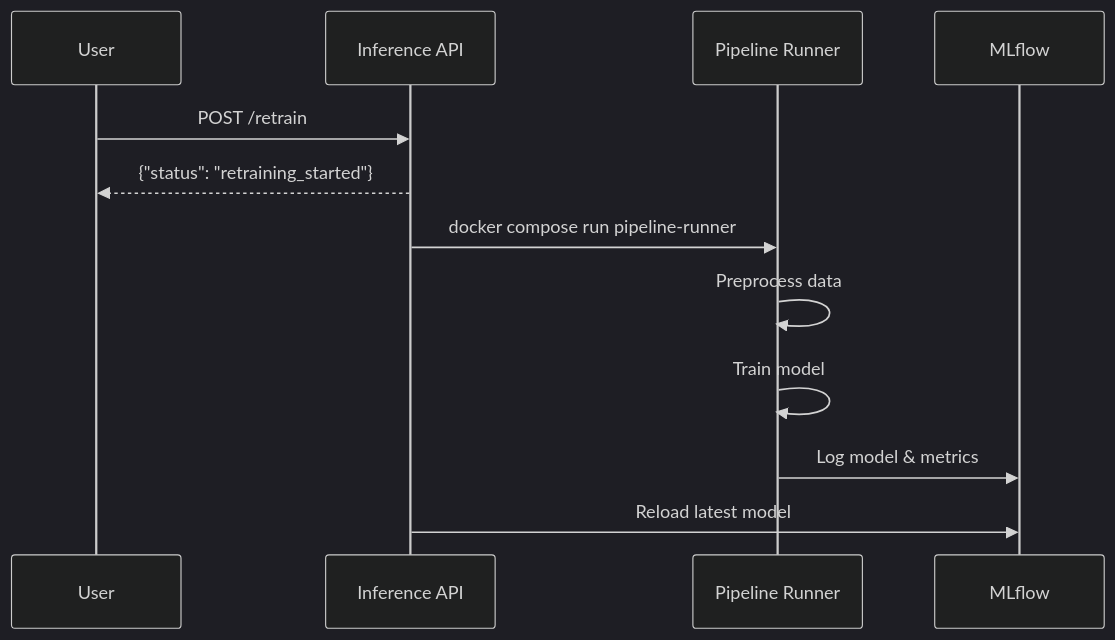
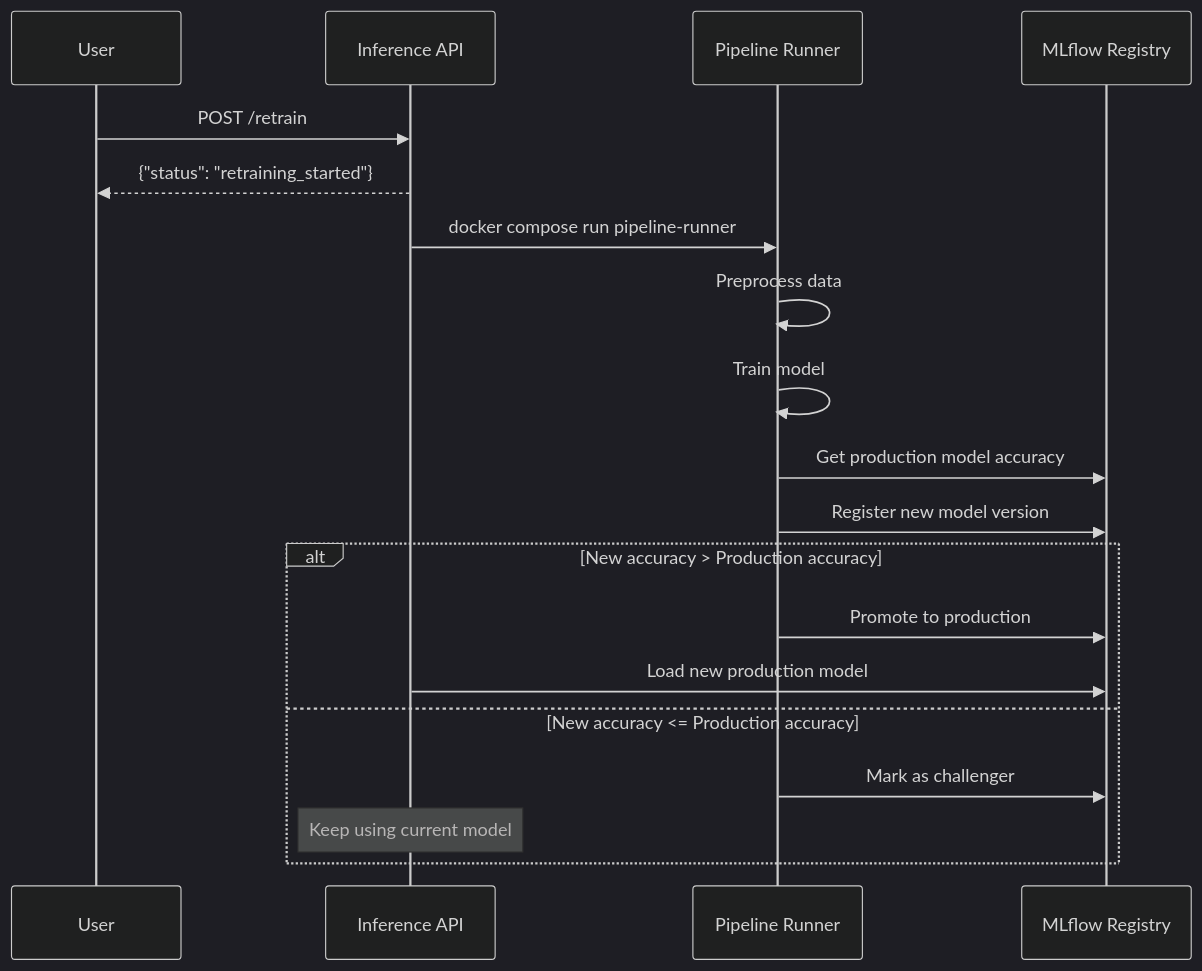
One commit to ssime-git/zenml_mlops_template changed the second of 2 diagrams in README.md. Above: the diagram before and after it, drawn with Mermaid (dark theme). The commit also changed other lines of this file and 2 other files, not shown here.

First line of the commit message:
Add MLflow Model Registry with promotion logic and model info endpoint

````diff
--- a/README.md
+++ b/README.md
@@ -196,15 +232,22 @@
 ```mermaid
 sequenceDiagram
     participant User
     participant API as Inference API
     participant Runner as Pipeline Runner
-    participant MLflow
+    participant Registry as MLflow Registry
     
     User->>API: POST /retrain
     API-->>User: {"status": "retraining_started"}
     API->>Runner: docker compose run pipeline-runner
     Runner->>Runner: Preprocess data
     Runner->>Runner: Train model
-    Runner->>MLflow: Log model & metrics
-    API->>MLflow: Reload latest model
+    Runner->>Registry: Get production model accuracy
+    Runner->>Registry: Register new model version
+    alt New accuracy > Production accuracy
+        Runner->>Registry: Promote to production
+        API->>Registry: Load new production model
+    else New accuracy <= Production accuracy
+        Runner->>Registry: Mark as challenger
+        Note over API: Keep using current model
+    end
 ```
````
